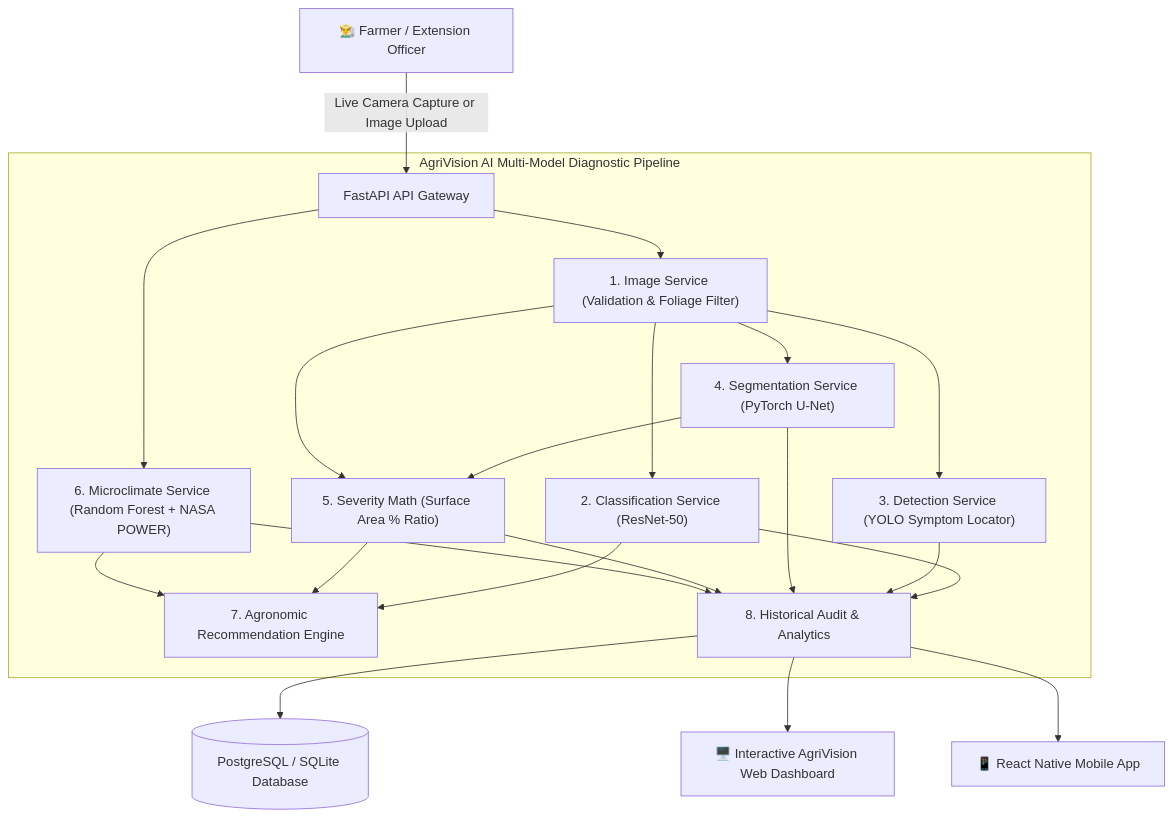
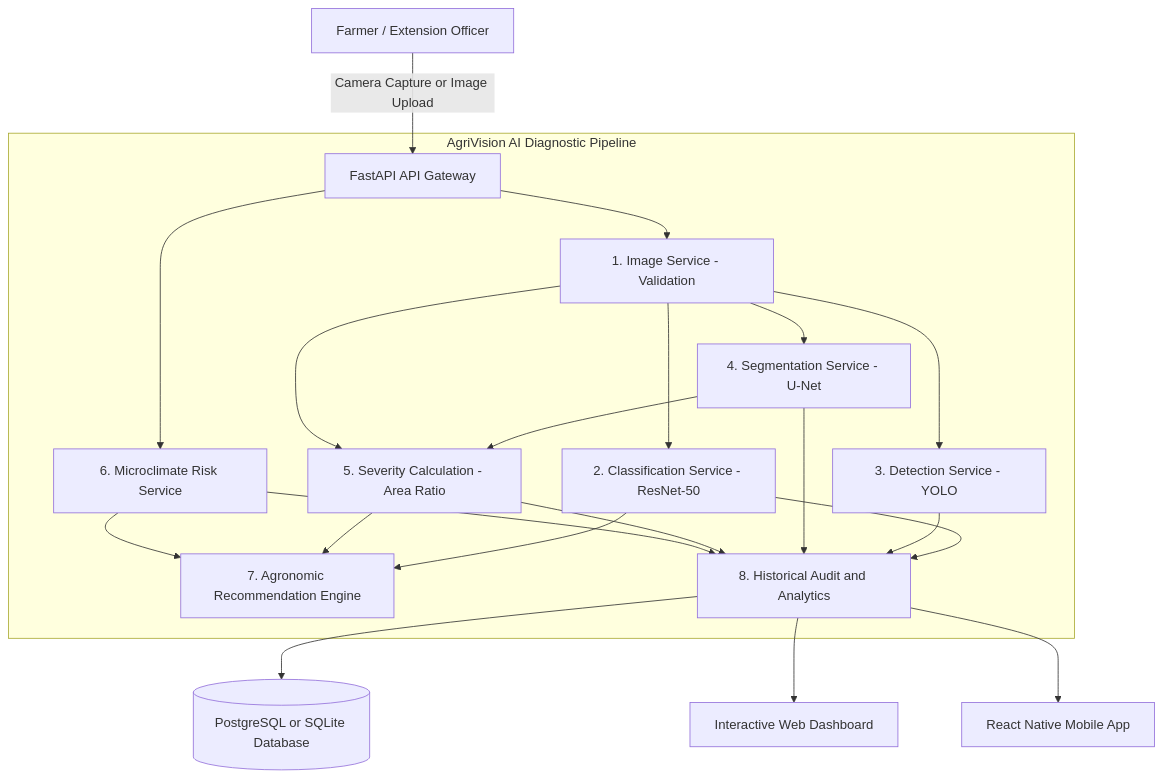
One commit to Gokulraj-max/AgriVision changed the diagram in README.md. Above: the diagram before and after it, drawn with Mermaid.

Commit message:
Fix Mermaid diagram syntax for GitHub renderer

````diff
--- a/README.md
+++ b/README.md
@@ -32,21 +32,29 @@
 ```mermaid
 flowchart TD
-    User["👨‍🌾 Farmer / Extension Officer"] -->|Live Camera Capture or Image Upload| Gateway["FastAPI API Gateway"]
+    User["Farmer / Extension Officer"] -->|Camera Capture or Image Upload| Gateway["FastAPI API Gateway"]
     
-    subgraph Pipeline ["AgriVision AI Multi-Model Diagnostic Pipeline"]
-        Gateway --> ImgSvc["1. Image Service (Validation & Foliage Filter)"]
-        ImgSvc --> ClassSvc["2. Classification Service (ResNet-50)"]
-        ImgSvc --> DetectSvc["3. Detection Service (YOLO Symptom Locator)"]
-        ImgSvc --> SegSvc["4. Segmentation Service (PyTorch U-Net)"]
+    subgraph Pipeline["AgriVision AI Diagnostic Pipeline"]
+        Gateway --> ImgSvc["1. Image Service - Validation"]
+        ImgSvc --> ClassSvc["2. Classification Service - ResNet-50"]
+        ImgSvc --> DetectSvc["3. Detection Service - YOLO"]
+        ImgSvc --> SegSvc["4. Segmentation Service - U-Net"]
         
-        SegSvc & ImgSvc --> SevSvc["5. Severity Math (Surface Area % Ratio)"]
-        Gateway --> WeatherSvc["6. Microclimate Service (Random Forest + NASA POWER)"]
+        SegSvc --> SevSvc["5. Severity Calculation - Area Ratio"]
+        ImgSvc --> SevSvc
+        Gateway --> WeatherSvc["6. Microclimate Risk Service"]
         
-        ClassSvc & SevSvc & WeatherSvc --> RecSvc["7. Agronomic Recommendation Engine"]
-        ClassSvc & DetectSvc & SegSvc & SevSvc & WeatherSvc --> HistSvc["8. Historical Audit & Analytics"]
+        ClassSvc --> RecSvc["7. Agronomic Recommendation Engine"]
+        SevSvc --> RecSvc
+        WeatherSvc --> RecSvc
+        
+        ClassSvc --> HistSvc["8. Historical Audit and Analytics"]
+        DetectSvc --> HistSvc
+        SegSvc --> HistSvc
+        SevSvc --> HistSvc
+        WeatherSvc --> HistSvc
     end
     
-    HistSvc --> DB[("PostgreSQL / SQLite Database")]
-    HistSvc --> WebUI["🖥️ Interactive AgriVision Web Dashboard"]
-    HistSvc --> MobileApp["📱 React Native Mobile App"]
+    HistSvc --> DB[("PostgreSQL or SQLite Database")]
+    HistSvc --> WebUI["Interactive Web Dashboard"]
+    HistSvc --> MobileApp["React Native Mobile App"]
 ```
````
